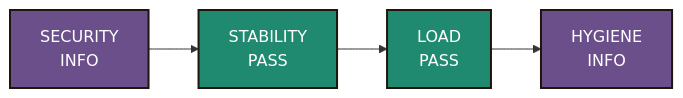
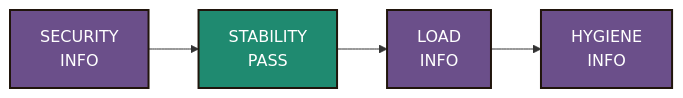
The diagram in AUDIT.md (businessofmmm-wq/WorldCup2026), drawn with Mermaid before and after one commit. The commit also changed other lines of this file and 1 other file, not shown here.

````diff
--- a/AUDIT.md
+++ b/AUDIT.md
@@ -9,12 +9,12 @@
 ```mermaid
 flowchart LR
   SECURITY["SECURITY<br/>INFO"]
   style SECURITY fill:#6b4f8a,stroke:#20150c,color:#fff,stroke-width:2px
   STABILITY["STABILITY<br/>PASS"]
   style STABILITY fill:#1f8a70,stroke:#20150c,color:#fff,stroke-width:2px
-  LOAD["LOAD<br/>PASS"]
-  style LOAD fill:#1f8a70,stroke:#20150c,color:#fff,stroke-width:2px
+  LOAD["LOAD<br/>INFO"]
+  style LOAD fill:#6b4f8a,stroke:#20150c,color:#fff,stroke-width:2px
   HYGIENE["HYGIENE<br/>INFO"]
   style HYGIENE fill:#6b4f8a,stroke:#20150c,color:#fff,stroke-width:2px
   SECURITY --> STABILITY --> LOAD --> HYGIENE
 ```
````
